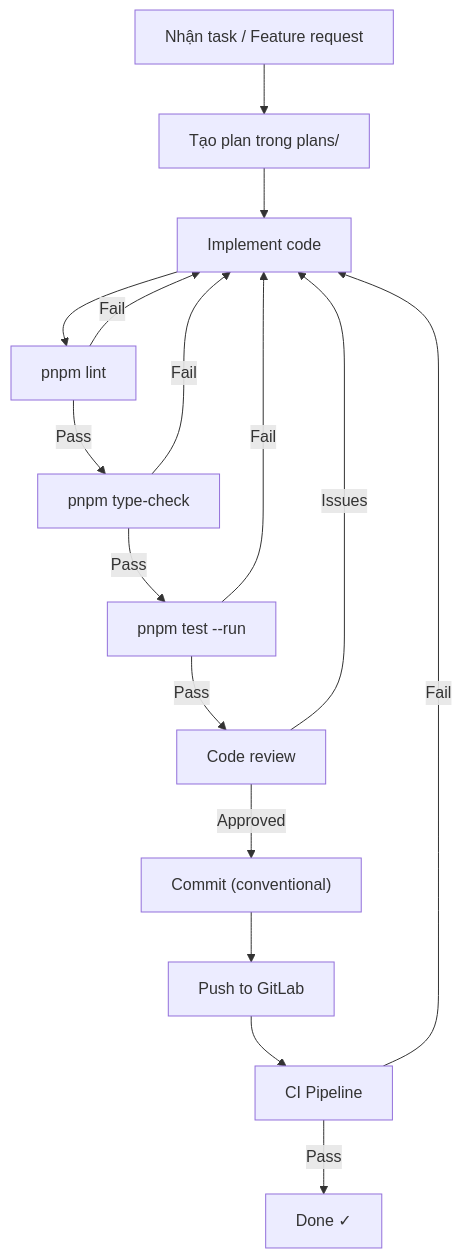
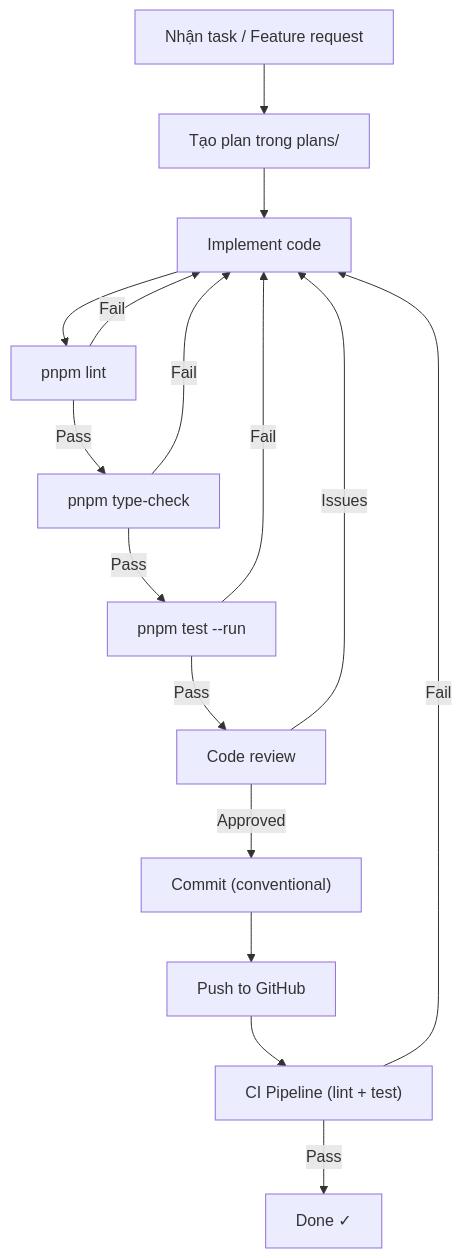
One commit to achoo254/localman changed the fifth of 7 diagrams in docs/workflow-guide.md. Above: the diagram before and after it, drawn with Mermaid. The commit also changed other lines of this file and 364 other files, not shown here.

First line of the commit message:
refactor: migrate to web-only SPA + Fastify proxy architecture

````diff
--- a/docs/workflow-guide.md
+++ b/docs/workflow-guide.md
@@ -139,18 +112,18 @@
 ```mermaid
 flowchart TD
     A["Nhận task / Feature request"] --> B["Tạo plan trong plans/"]
     B --> C["Implement code"]
     C --> D["pnpm lint"]
     D -->|Fail| C
     D -->|Pass| E["pnpm type-check"]
     E -->|Fail| C
     E -->|Pass| F["pnpm test --run"]
     F -->|Fail| C
     F -->|Pass| G["Code review"]
     G -->|Issues| C
     G -->|Approved| H["Commit (conventional)"]
-    H --> I["Push to GitLab"]
-    I --> J["CI Pipeline"]
+    H --> I["Push to GitHub"]
+    I --> J["CI Pipeline (lint + test)"]
     J -->|Fail| C
     J -->|Pass| K["Done ✓"]
 ```
````
